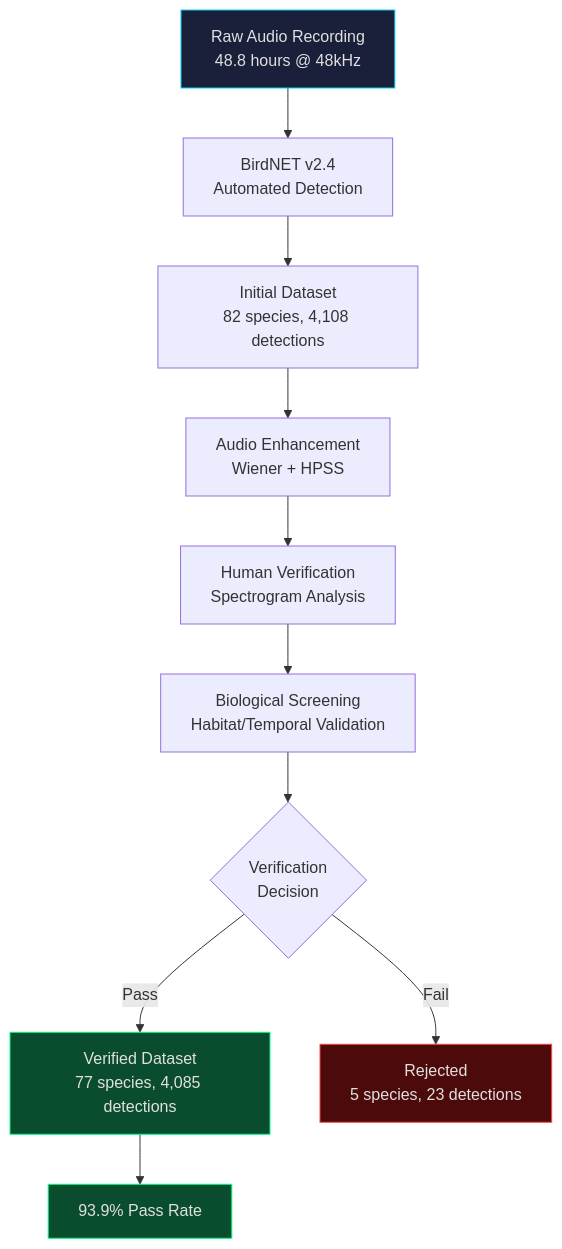
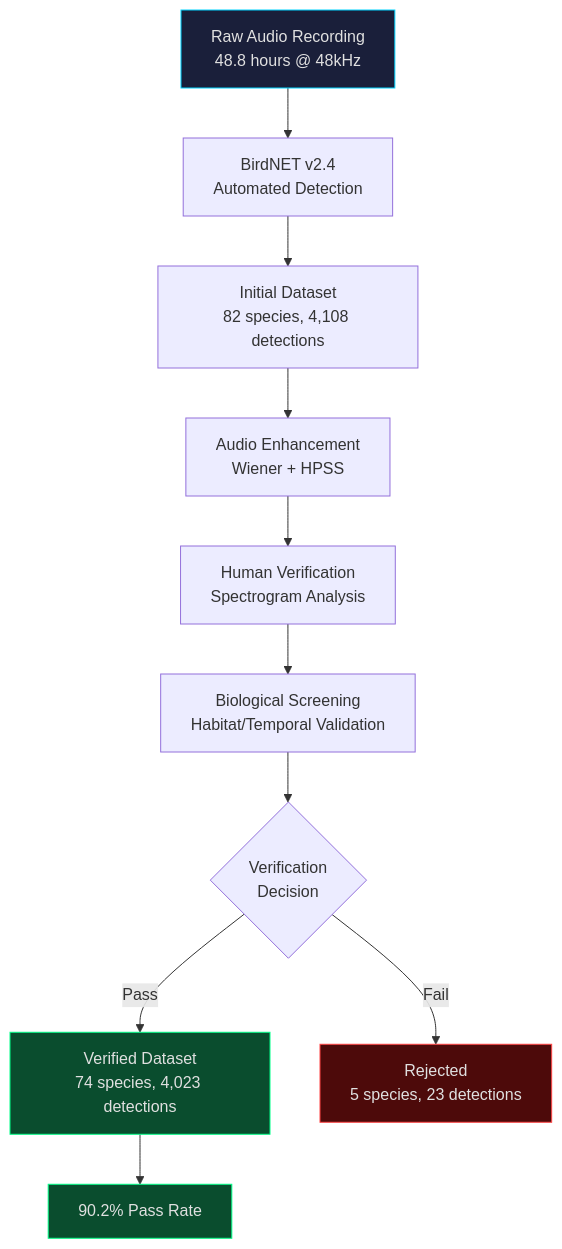
The second of 4 diagrams in README.md (Ziforge/gaulosen-study), drawn with Mermaid before and after one commit. The commit also changed other lines of this file and 9 other files, not shown here.

````diff
--- a/README.md
+++ b/README.md
@@ -110,17 +110,17 @@
 ```mermaid
 flowchart TD
     A[Raw Audio Recording<br/>48.8 hours @ 48kHz] --> B[BirdNET v2.4<br/>Automated Detection]
     B --> C[Initial Dataset<br/>82 species, 4,108 detections]
     C --> D[Audio Enhancement<br/>Wiener + HPSS]
     D --> E[Human Verification<br/>Spectrogram Analysis]
     E --> F[Biological Screening<br/>Habitat/Temporal Validation]
     F --> G{Verification<br/>Decision}
-    G -->|Pass| H[Verified Dataset<br/>77 species, 4,085 detections]
+    G -->|Pass| H[Verified Dataset<br/>74 species, 4,023 detections]
     G -->|Fail| I[Rejected<br/>5 species, 23 detections]
-    H --> J[93.9% Pass Rate]
+    H --> J[90.2% Pass Rate]
 
     style A fill:#1a1f3a,stroke:#00d4ff,color:#e0e0e0
     style H fill:#0a4d2e,stroke:#00ff88,color:#e0e0e0
     style I fill:#4d0a0a,stroke:#ff4444,color:#e0e0e0
     style J fill:#0a4d2e,stroke:#00ff88,color:#e0e0e0
 ```
````
